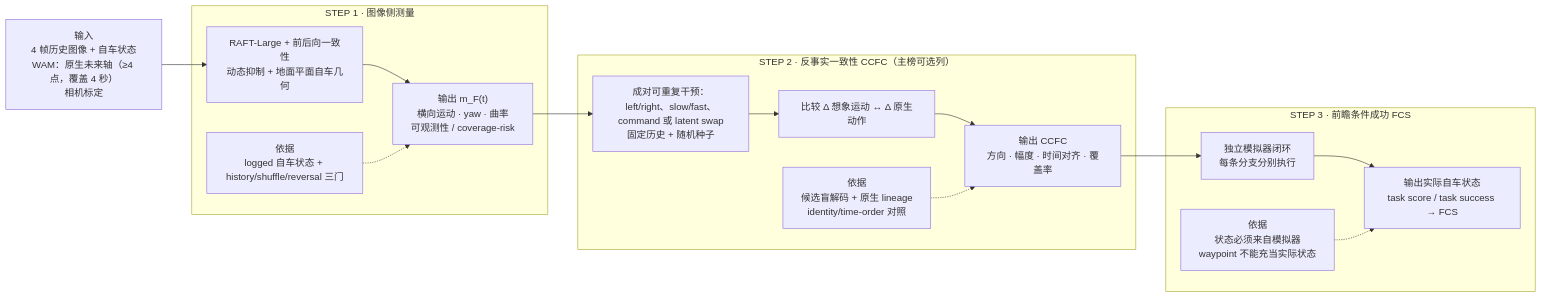
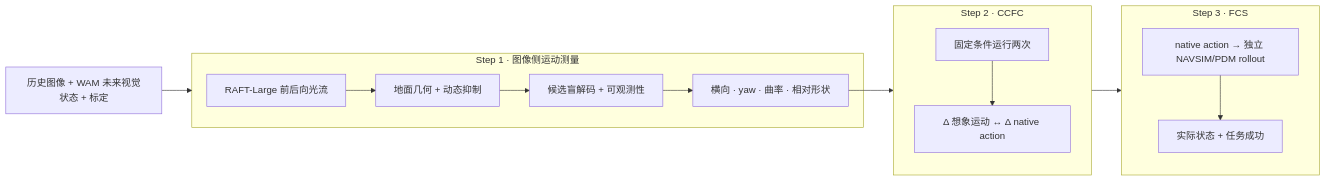
Before and after one commit to RiseBun/IAC-iclr: the diagram in README_zh.md, drawn with Mermaid. The commit also changed other lines of this file and 38 other files, not shown here.

````diff
--- a/README_zh.md
+++ b/README_zh.md
@@ -27,28 +32,17 @@
 ```mermaid
 flowchart LR
-    I["输入<br/>4 帧历史图像 + 自车状态<br/>WAM：原生未来轴（≥4 点，覆盖 4 秒）<br/>相机标定"] --> A
-    subgraph S1["STEP 1 · 图像侧测量"]
-        A["RAFT-Large + 前后向一致性<br/>动态抑制 + 地面平面自车几何"]
-        O["输出 m_F(t)<br/>横向运动 · yaw · 曲率<br/>可观测性 / coverage-risk"]
-        B["依据<br/>logged 自车状态 + history/shuffle/reversal 三门"]
-        A --> O
-        B -.-> O
-    end
-    O --> D
-    subgraph S2["STEP 2 · 反事实一致性 CCFC（主榜可选列）"]
-        D["成对可重复干预：left/right、slow/fast、command 或 latent swap<br/>固定历史 + 随机种子"]
-        C["比较 Δ 想象运动 ↔ Δ 原生动作"]
-        Q["输出 CCFC<br/>方向 · 幅度 · 时间对齐 · 覆盖率"]
-        E["依据<br/>候选盲解码 + 原生 lineage<br/>identity/time-order 对照"]
-        D --> C --> Q
-        E -.-> Q
-    end
-    Q --> R
-    subgraph S3["STEP 3 · 前瞻条件成功 FCS"]
-        R["独立模拟器闭环<br/>每条分支分别执行"]
-        T["输出实际自车状态<br/>task score / task success → FCS"]
-        U["依据<br/>状态必须来自模拟器<br/>waypoint 不能充当实际状态"]
-        R --> T
-        U -.-> T
-    end
+  I["历史图像 + WAM 未来视觉状态 + 标定"] --> S1
+  subgraph S1["Step 1 · 图像侧运动测量"]
+    S1a["RAFT-Large 前后向光流"] --> S1b["地面几何 + 动态抑制"]
+    S1b --> S1c["候选盲解码 + 可观测性"]
+    S1c --> S1d["横向 · yaw · 曲率 · 相对形状"]
+  end
+  S1d --> S2
+  subgraph S2["Step 2 · CCFC"]
+    S2a["固定条件运行两次"] --> S2b["Δ 想象运动 ↔ Δ native action"]
+  end
+  S2 --> S3
+  subgraph S3["Step 3 · FCS"]
+    S3a["native action → 独立 NAVSIM/PDM rollout"] --> S3b["实际状态 + 任务成功"]
+  end
 ```
````
